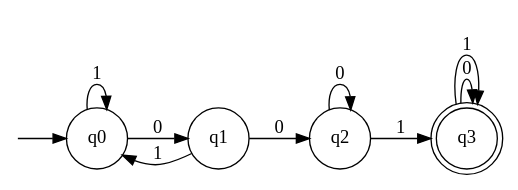
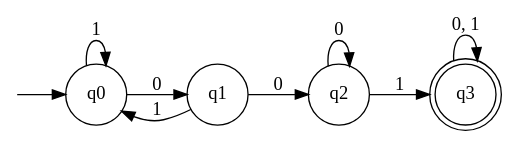
Before and after one commit to water-mizuu/finite_automata_conversion: the diagram in dfa_m.dot, drawn with Graphviz. The commit also changed 6 other files, not shown here.

```diff
--- a/dfa_m.dot
+++ b/dfa_m.dot
@@ -1,17 +1,16 @@
 digraph G {
   rankdir=LR;
   n__ [label="" shape=none width=.0];
   0 [shape=circle label="q0"]
   1 [shape=doublecircle label="q3"]
   2 [shape=circle label="q2"]
   3 [shape=circle label="q1"]
   n__ -> 0;
-  0 -> 3 [label="0"];
-  0 -> 0 [label="1"];
-  3 -> 2 [label="0"];
-  3 -> 0 [label="1"];
-  2 -> 2 [label="0"];
-  2 -> 1 [label="1"];
-  1 -> 1 [label="0"];
-  1 -> 1 [label="1"];
+  0 -> 3 [label="0"]
+  0 -> 0 [label="1"]
+  3 -> 2 [label="0"]
+  3 -> 0 [label="1"]
+  2 -> 2 [label="0"]
+  2 -> 1 [label="1"]
+  1 -> 1 [label="0, 1"]
 }
```
